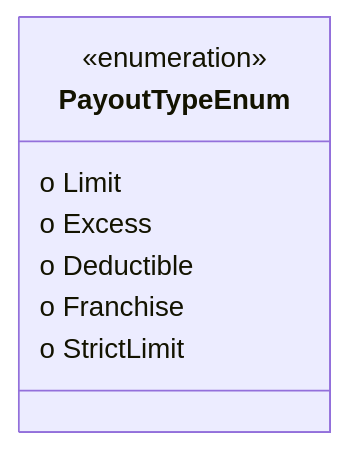
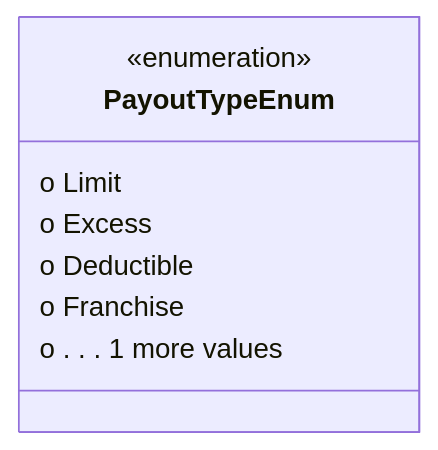
The diagram in datamodel-build/mermaid/PayoutTypeEnum.mmd (codexstanford/Insurance-Payout-Ontology), drawn with Mermaid before and after one commit. The commit also changed 105 other files, not shown here.

```diff
--- a/datamodel-build/mermaid/PayoutTypeEnum.mmd
+++ b/datamodel-build/mermaid/PayoutTypeEnum.mmd
@@ -1,9 +1,9 @@
 classDiagram
 class PayoutTypeEnum {
 <<enumeration>>
   o Limit
   o Excess
   o Deductible
   o Franchise
-  o StrictLimit
+  o . . . 1 more values
 }
```
